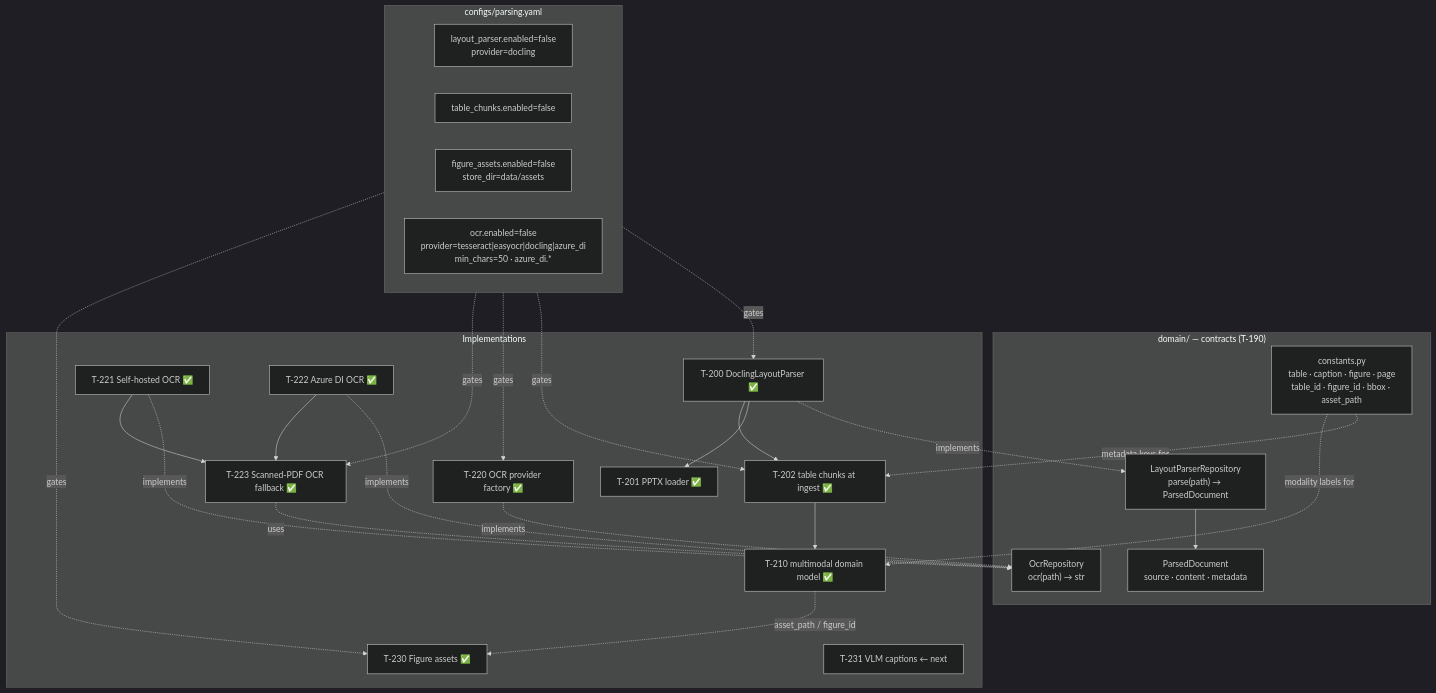
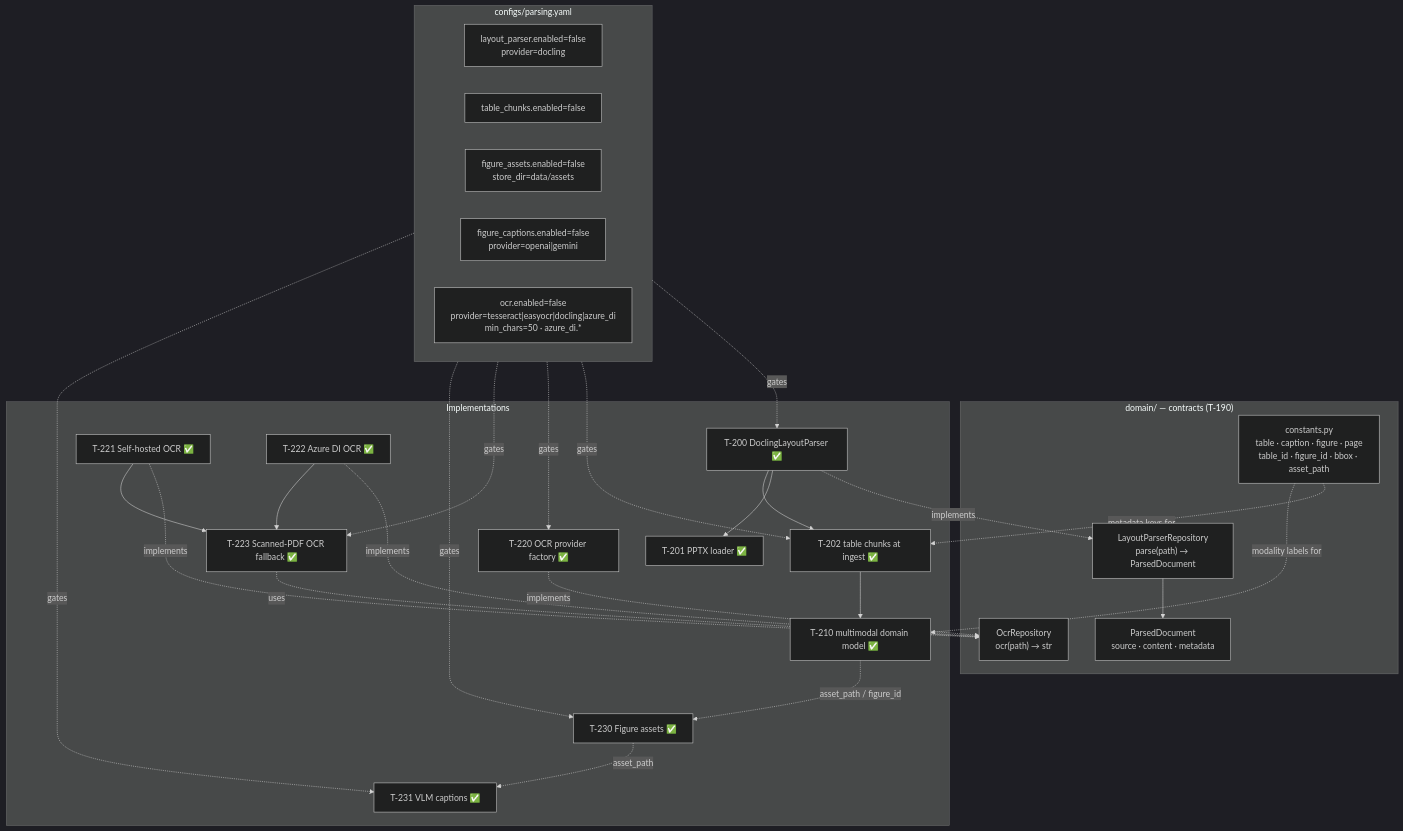
One commit to ealbertoav/rag_platform changed the fourth of 25 diagrams in README.md. Above: the diagram before and after it, drawn with Mermaid (dark theme). The commit also changed other lines of this file and 1 other file, not shown here.

First line of the commit message:
Add VLM captioning support with provider wiring, sidecar persistence, and updated docs (T-231):

````diff
--- a/README.md
+++ b/README.md
@@ -619,49 +622,52 @@
 ```mermaid
 flowchart TB
     subgraph DOMAIN["domain/ — contracts (T-190)"]
         LPR["LayoutParserRepository<br/>parse(path) → ParsedDocument"]
         OCR["OcrRepository<br/>ocr(path) → str"]
         PD["ParsedDocument<br/>source · content · metadata"]
         CONST["constants.py<br/>table · caption · figure · page<br/>table_id · figure_id · bbox · asset_path"]
     end
 
     subgraph CONFIG["configs/parsing.yaml"]
         LPSET["layout_parser.enabled=false<br/>provider=docling"]
         TCSET["table_chunks.enabled=false"]
         FASET["figure_assets.enabled=false<br/>store_dir=data/assets"]
+        FCSET["figure_captions.enabled=false<br/>provider=openai|gemini"]
         OCRSET["ocr.enabled=false<br/>provider=tesseract|easyocr|docling|azure_di<br/>min_chars=50 · azure_di.*"]
     end
 
     subgraph IMPL["Implementations"]
         T200["T-200 DoclingLayoutParser ✅"]
         T201["T-201 PPTX loader ✅"]
         T202["T-202 table chunks at ingest ✅"]
         T210["T-210 multimodal domain model ✅"]
         T220["T-220 OCR provider factory ✅"]
         T221["T-221 Self-hosted OCR ✅"]
         T222["T-222 Azure DI OCR ✅"]
         T223["T-223 Scanned-PDF OCR fallback ✅"]
         T230["T-230 Figure assets ✅"]
-        T231["T-231 VLM captions ← next"]
+        T231["T-231 VLM captions ✅"]
     end
 
     LPR --> PD
     CONFIG -.->|gates| T200
     CONFIG -.->|gates| T202
     CONFIG -.->|gates| T220
     CONFIG -.->|gates| T223
     CONFIG -.->|gates| T230
+    CONFIG -.->|gates| T231
     T200 -.->|implements| LPR
     T220 -.->|implements| OCR
     T221 -.->|implements| OCR
     T222 -.->|implements| OCR
     T223 -.->|uses| OCR
     T200 --> T201
     T200 --> T202
     T202 --> T210
     T221 --> T223
     T222 --> T223
     T210 -.->|asset_path / figure_id| T230
+    T230 -.->|asset_path| T231
     CONST -.->|metadata keys for| T202
     CONST -.->|modality labels for| T210
 ```
````
